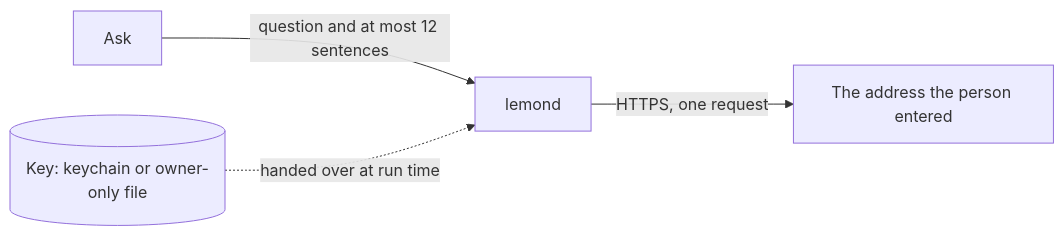
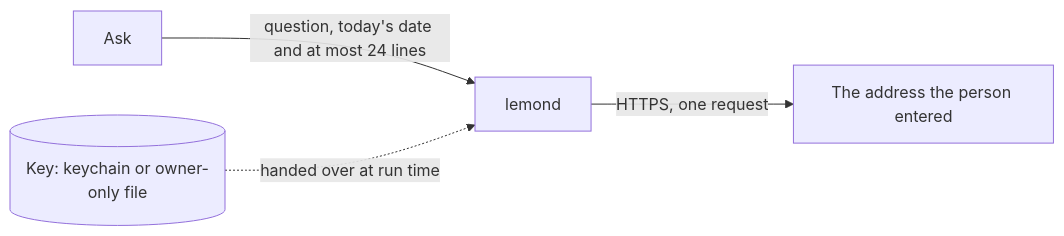
The diagram in docs/architecture/online.md (agync/nocturne), drawn with Mermaid before and after one commit. The commit also changed other lines of this file and 4 other files, not shown here.

````diff
--- a/docs/architecture/online.md
+++ b/docs/architecture/online.md
@@ -17,6 +17,6 @@
 ```mermaid
 flowchart LR
-    Ask[Ask] -- question and at most 12 sentences --> LD[lemond]
+    Ask[Ask] -- question, today's date and at most 24 lines --> LD[lemond]
     LD -- HTTPS, one request --> P[The address the person entered]
     Key[(Key: keychain or owner-only file)] -. handed over at run time .-> LD
 ```
````
